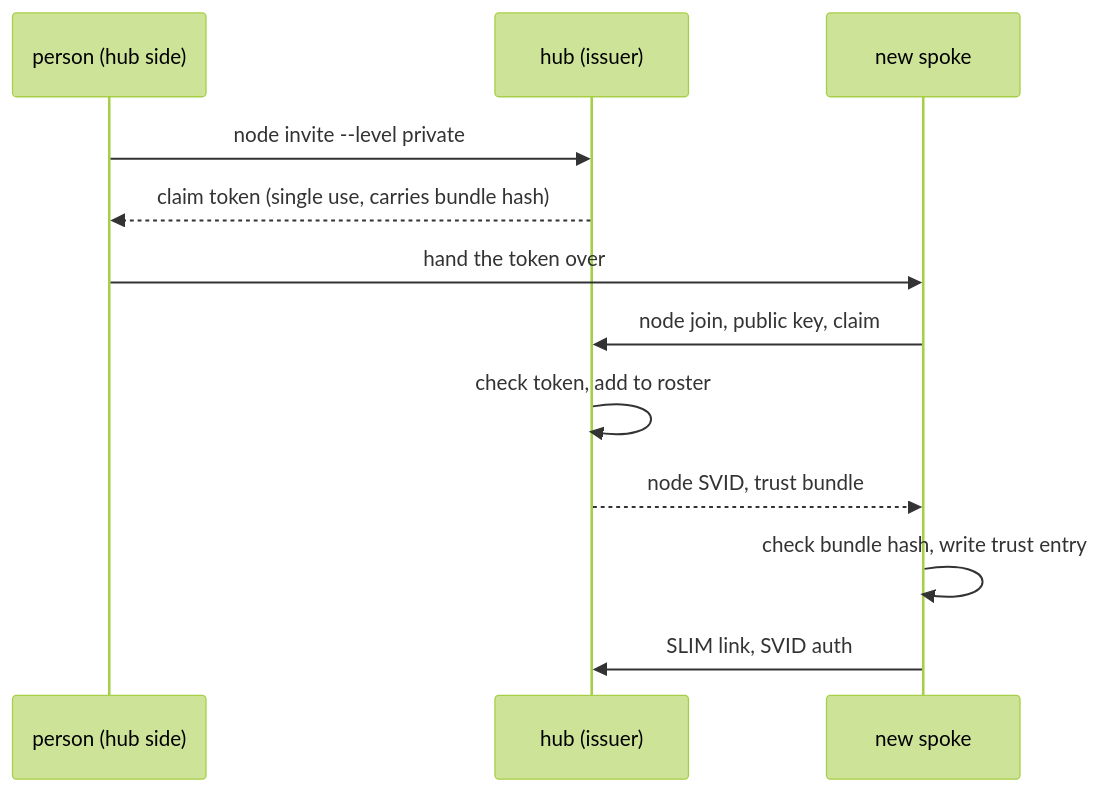
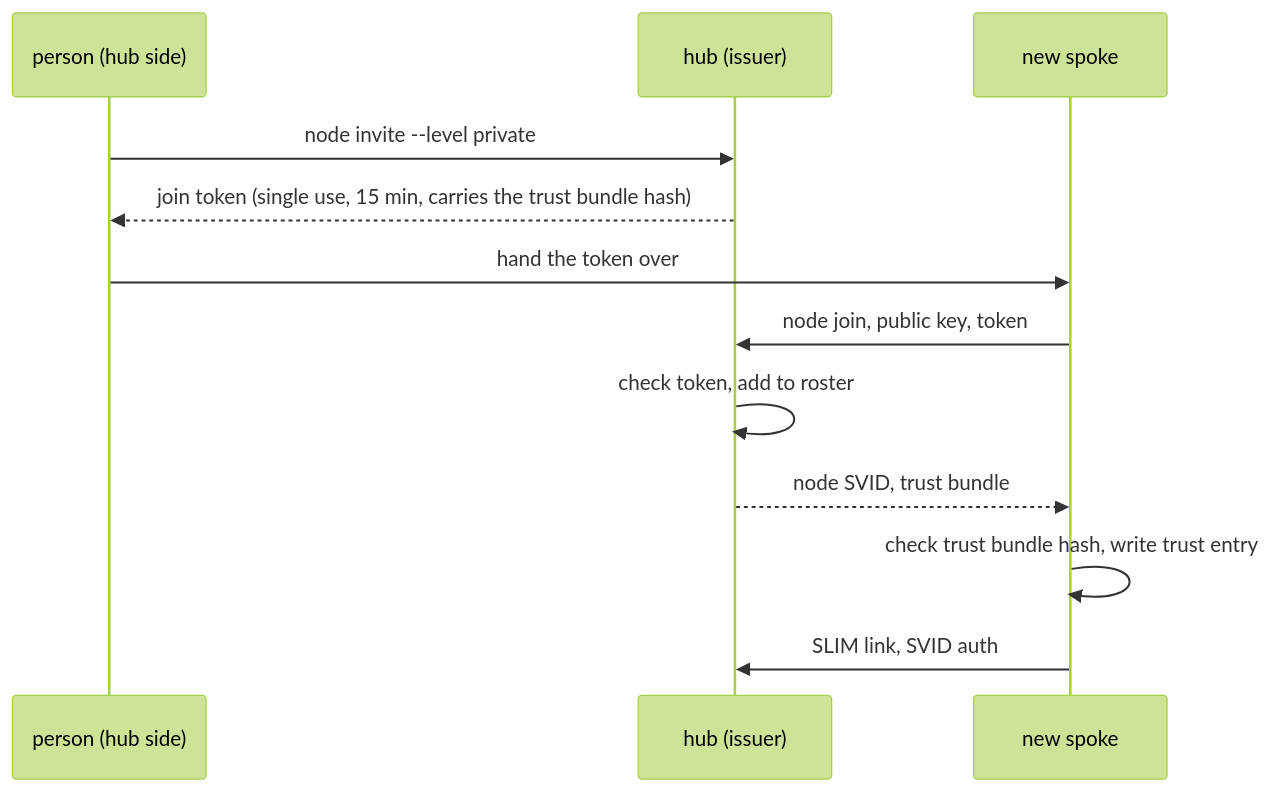
One commit to nabil-becker/devcontainer-features changed the fourth of 12 diagrams in docs/proposals/facilitator-node.md. Above: the diagram before and after it, drawn with Mermaid (forest theme). The commit also changed other lines of this file, not shown here.

First line of the commit message:
docs(proposals): the Operator's rulings on the facilitator-node review (facilitator-container)

````diff
--- a/docs/proposals/facilitator-node.md
+++ b/docs/proposals/facilitator-node.md
@@ -752,14 +962,14 @@
 ```mermaid
 sequenceDiagram
   participant P as person (hub side)
   participant H as hub (issuer)
   participant S as new spoke
   P->>H: node invite --level private
-  H-->>P: claim token (single use, carries bundle hash)
+  H-->>P: join token (single use, 15 min, carries the trust bundle hash)
   P->>S: hand the token over
-  S->>H: node join, public key, claim
+  S->>H: node join, public key, token
   H->>H: check token, add to roster
   H-->>S: node SVID, trust bundle
-  S->>S: check bundle hash, write trust entry
+  S->>S: check trust bundle hash, write trust entry
   S->>H: SLIM link, SVID auth
 ```
````
